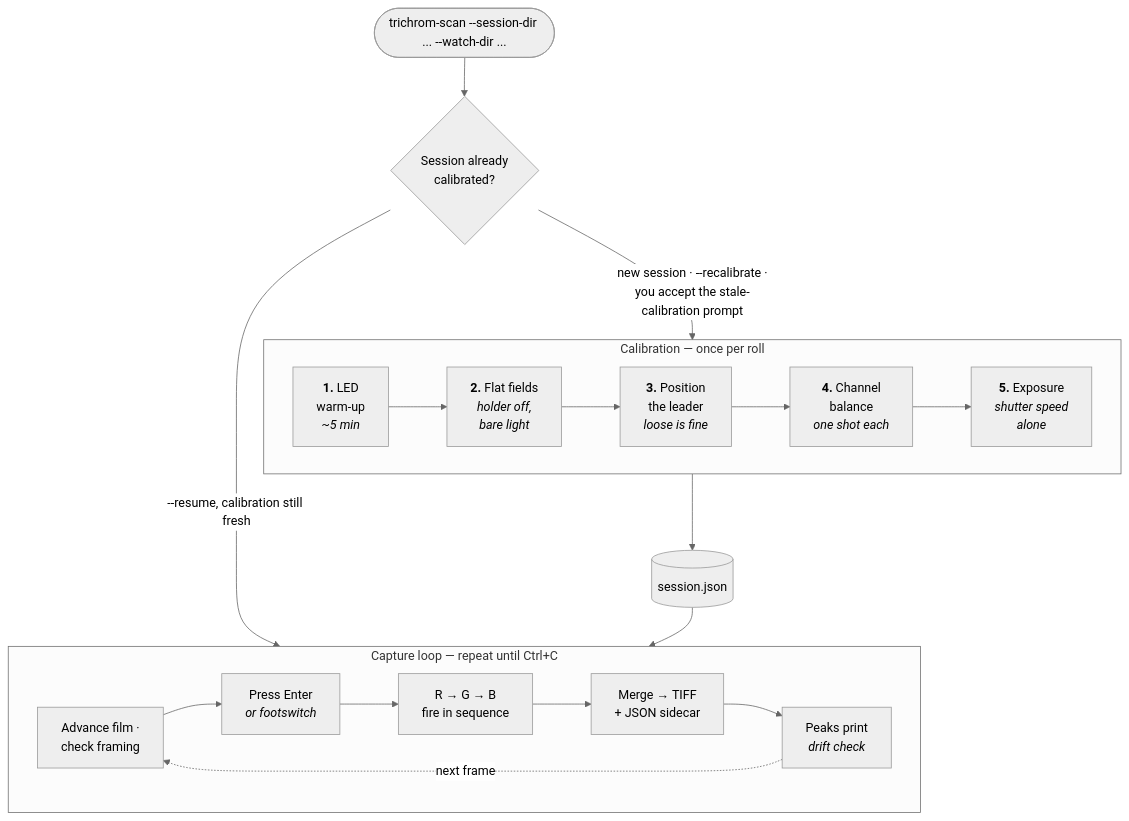
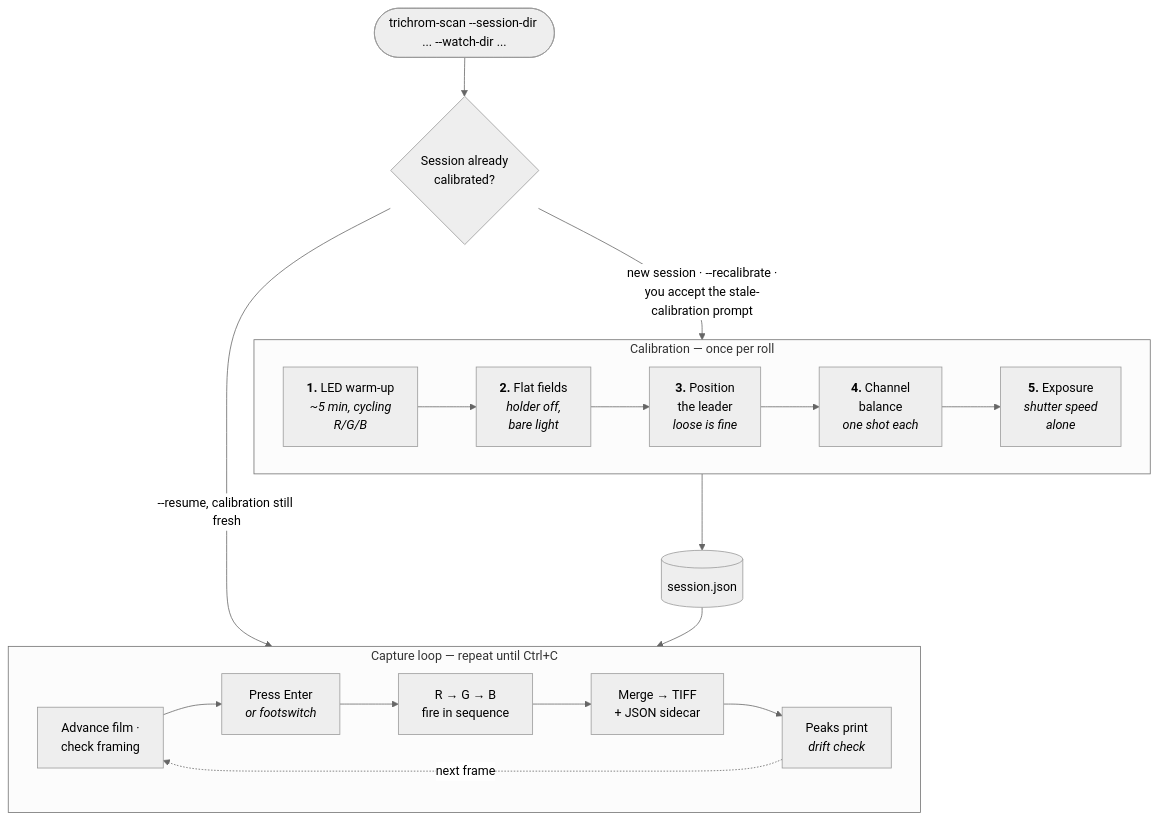
The second of 2 diagrams in README.md (dzleidig/trichrombine), drawn with Mermaid (neutral theme) before and after one commit. The commit also changed other lines of this file and 4 other files, not shown here.

````diff
--- a/README.md
+++ b/README.md
@@ -88,20 +88,20 @@
 ```mermaid
 flowchart TD
     START(["trichrom-scan --session-dir ... --watch-dir ..."]) --> Q{"Session already<br/>calibrated?"}
     Q -->|"new session · --recalibrate ·<br/>you accept the stale-calibration prompt"| CAL
     Q -->|"--resume, calibration still fresh"| LOOP
 
     subgraph CAL["Calibration — once per roll"]
         direction LR
-        C1["<b>1.</b> LED<br/>warm-up<br/><i>~5 min</i>"] --> C2["<b>2.</b> Flat fields<br/><i>holder off,<br/>bare light</i>"] --> C3["<b>3.</b> Position<br/>the leader<br/><i>loose is fine</i>"] --> C4["<b>4.</b> Channel<br/>balance<br/><i>one shot each</i>"] --> C5["<b>5.</b> Exposure<br/><i>shutter speed<br/>alone</i>"]
+        C1["<b>1.</b> LED warm-up<br/><i>~5 min, cycling<br/>R/G/B</i>"] --> C2["<b>2.</b> Flat fields<br/><i>holder off,<br/>bare light</i>"] --> C3["<b>3.</b> Position<br/>the leader<br/><i>loose is fine</i>"] --> C4["<b>4.</b> Channel<br/>balance<br/><i>one shot each</i>"] --> C5["<b>5.</b> Exposure<br/><i>shutter speed<br/>alone</i>"]
     end
 
     CAL --> SAVE[("session.json")]
     SAVE --> LOOP
 
     subgraph LOOP["Capture loop — repeat until Ctrl+C"]
         direction LR
         L1["Advance film ·<br/>check framing"] --> L2["Press Enter<br/><i>or footswitch</i>"] --> L3["R → G → B<br/>fire in sequence"] --> L4["Merge → TIFF<br/>+ JSON sidecar"] --> L5["Peaks print<br/><i>drift check</i>"]
         L5 -.->|"next frame"| L1
     end
 ```
````
